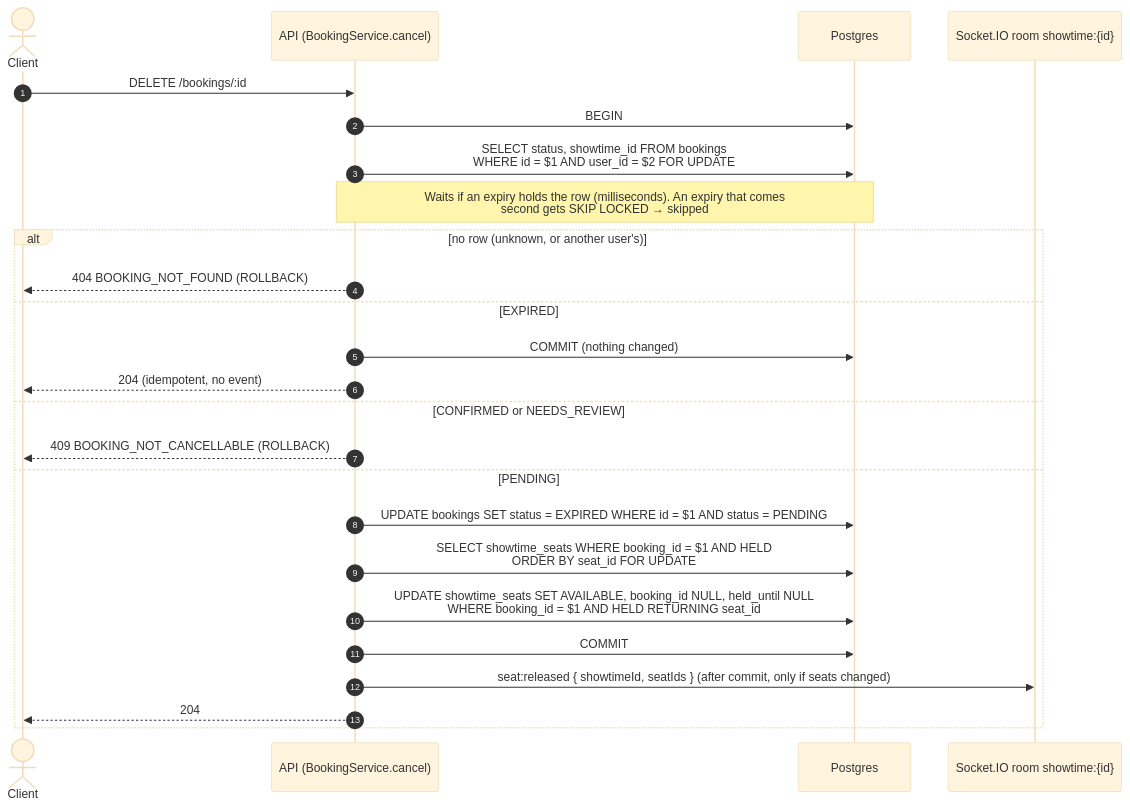
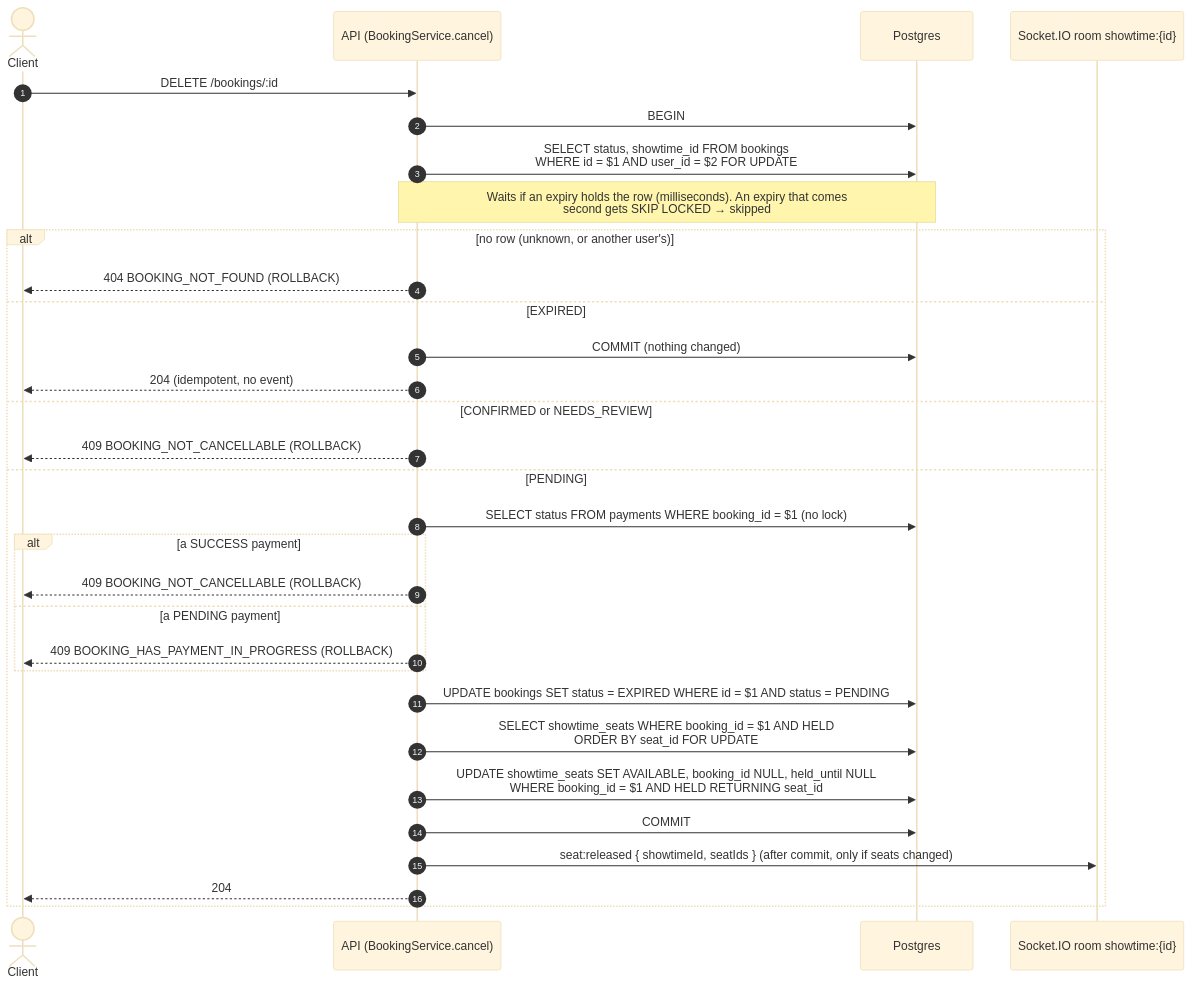
The third of 3 diagrams in docs/sequence-hold.md (viethung82nd/ticketify), drawn with Mermaid (base theme) before and after one commit. The commit also changed other lines of this file and 7 other files, not shown here.

First line of the commit message:
feat(api): refuse to cancel a booking with a pending or successful payment

````diff
--- a/docs/sequence-hold.md
+++ b/docs/sequence-hold.md
@@ -111,28 +111,34 @@
 ```mermaid
 sequenceDiagram
     autonumber
     actor C as Client
     participant API as API (BookingService.cancel)
     participant DB as Postgres
     participant WS as Socket.IO room showtime:{id}
 
     C->>API: DELETE /bookings/:id
     API->>DB: BEGIN
     API->>DB: SELECT status, showtime_id FROM bookings<br/>WHERE id = $1 AND user_id = $2 FOR UPDATE
     Note over API,DB: Waits if an expiry holds the row (milliseconds). An expiry that comes<br/>second gets SKIP LOCKED → skipped
     alt no row (unknown, or another user's)
         API-->>C: 404 BOOKING_NOT_FOUND (ROLLBACK)
     else EXPIRED
         API->>DB: COMMIT (nothing changed)
         API-->>C: 204 (idempotent, no event)
     else CONFIRMED or NEEDS_REVIEW
         API-->>C: 409 BOOKING_NOT_CANCELLABLE (ROLLBACK)
     else PENDING
+        API->>DB: SELECT status FROM payments WHERE booking_id = $1 (no lock)
+        alt a SUCCESS payment
+            API-->>C: 409 BOOKING_NOT_CANCELLABLE (ROLLBACK)
+        else a PENDING payment
+            API-->>C: 409 BOOKING_HAS_PAYMENT_IN_PROGRESS (ROLLBACK)
+        end
         API->>DB: UPDATE bookings SET status = EXPIRED WHERE id = $1 AND status = PENDING
         API->>DB: SELECT showtime_seats WHERE booking_id = $1 AND HELD<br/>ORDER BY seat_id FOR UPDATE
         API->>DB: UPDATE showtime_seats SET AVAILABLE, booking_id NULL, held_until NULL<br/>WHERE booking_id = $1 AND HELD RETURNING seat_id
         API->>DB: COMMIT
         API->>WS: seat:released { showtimeId, seatIds } (after commit, only if seats changed)
         API-->>C: 204
     end
 ```
````
